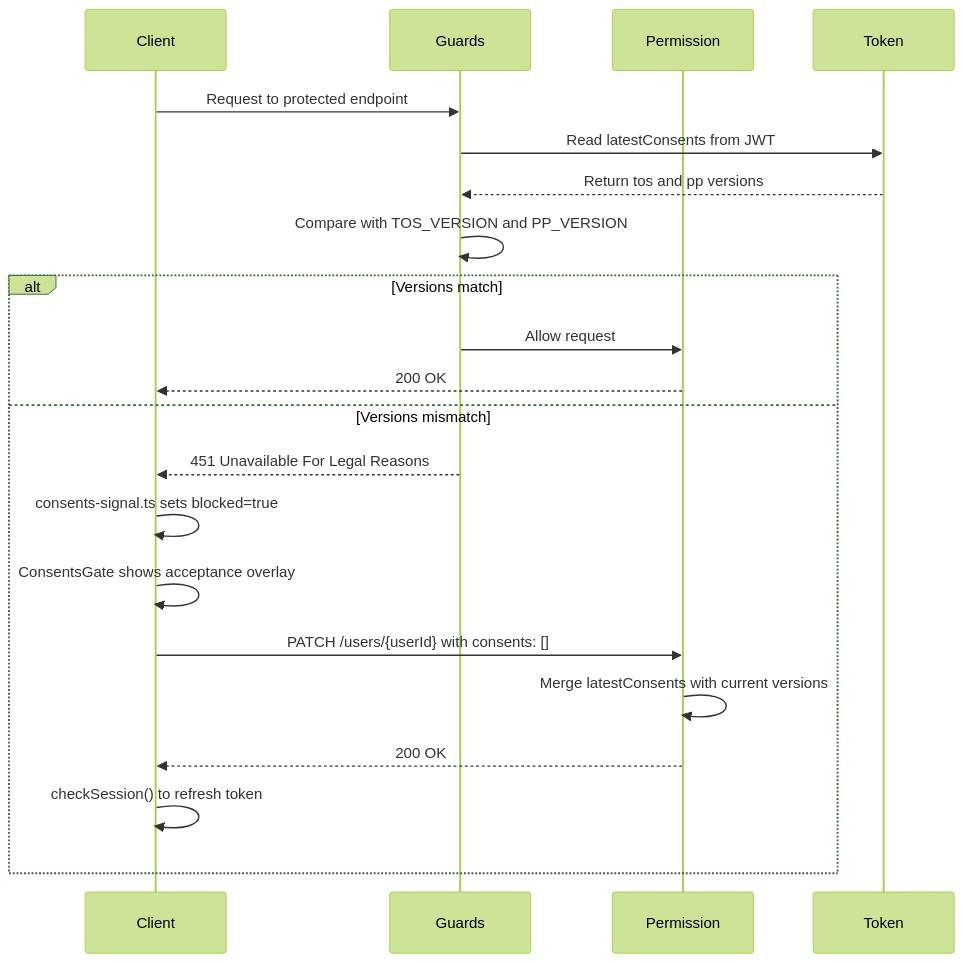
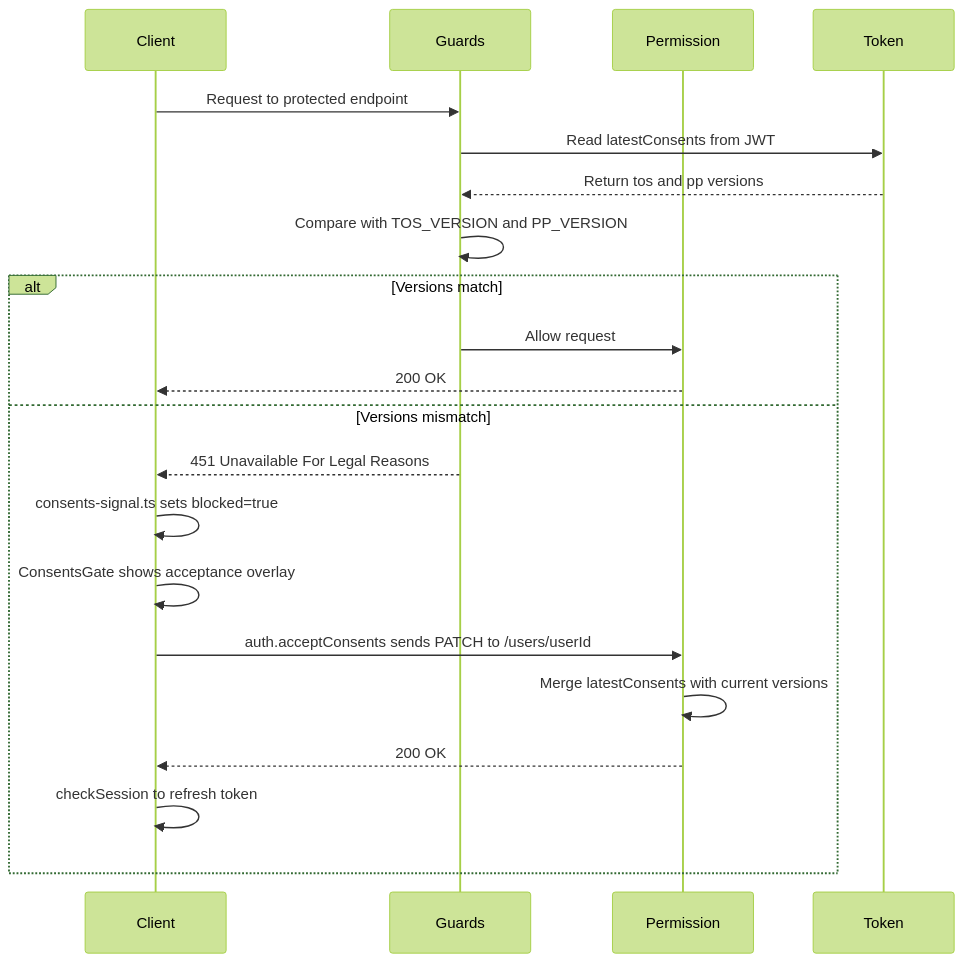
Before and after one commit to ulabase/starter-react: the diagram in openwiki/operations/runbook.md, drawn with Mermaid (forest theme). The commit also changed other lines of this file and 16 other files, not shown here.

````diff
--- a/openwiki/operations/runbook.md
+++ b/openwiki/operations/runbook.md
@@ -179,25 +196,25 @@
 ```mermaid
 sequenceDiagram
     participant Client
     participant Guards
     participant Permission
     participant Token
 
     Client->>Guards: Request to protected endpoint
     Guards->>Token: Read latestConsents from JWT
     Token-->>Guards: Return tos and pp versions
     Guards->>Guards: Compare with TOS_VERSION and PP_VERSION
 
     alt Versions match
         Guards->>Permission: Allow request
         Permission-->>Client: 200 OK
     else Versions mismatch
         Guards-->>Client: 451 Unavailable For Legal Reasons
         Client->>Client: consents-signal.ts sets blocked=true
         Client->>Client: ConsentsGate shows acceptance overlay
-        Client->>Permission: PATCH /users/{userId} with consents: []
+        Client->>Permission: auth.acceptConsents sends PATCH to /users/userId
         Permission->>Permission: Merge latestConsents with current versions
         Permission-->>Client: 200 OK
-        Client->>Client: checkSession() to refresh token
+        Client->>Client: checkSession to refresh token
     end
 ```
````
